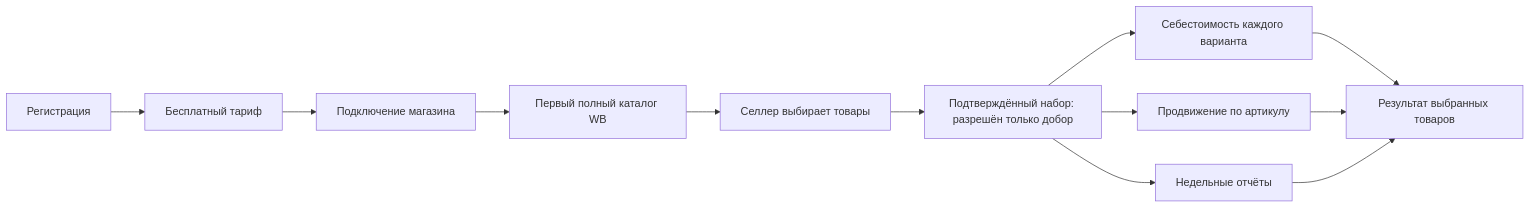
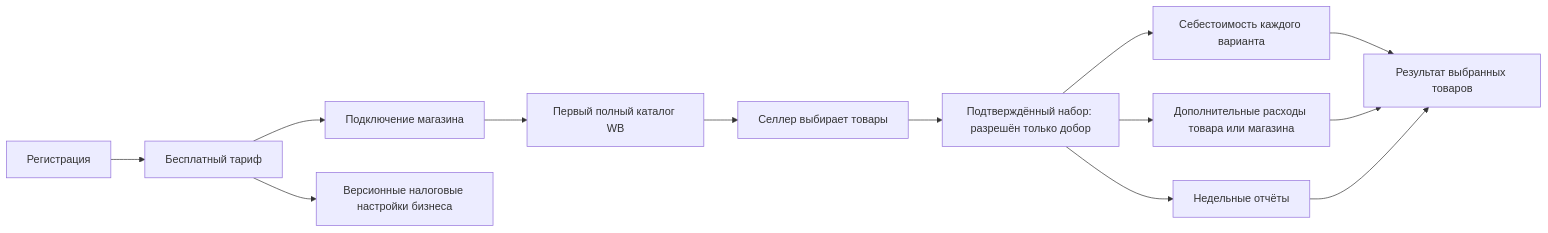
The first of 6 diagrams in outputs/database-v1.md (bessdelnik79/Marketplace-Control), drawn with Mermaid before and after one commit. The commit also changed other lines of this file and 18 other files, not shown here.

````diff
--- a/outputs/database-v1.md
+++ b/outputs/database-v1.md
@@ -17,14 +17,15 @@
 ```mermaid
 flowchart LR
     U[Регистрация] --> F[Бесплатный тариф]
     F --> S[Подключение магазина]
     S --> C[Первый полный каталог WB]
     C --> P[Селлер выбирает товары]
     P --> LOCK[Подтверждённый набор: разрешён только добор]
     LOCK --> V[Себестоимость каждого варианта]
-    LOCK --> E[Продвижение по артикулу]
+    LOCK --> E[Дополнительные расходы товара или магазина]
+    F --> T[Версионные налоговые настройки бизнеса]
     LOCK --> R[Недельные отчёты]
     V --> CALC[Результат выбранных товаров]
     E --> CALC
     R --> CALC
 ```
````
